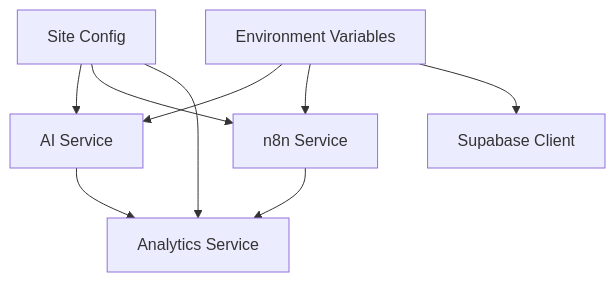
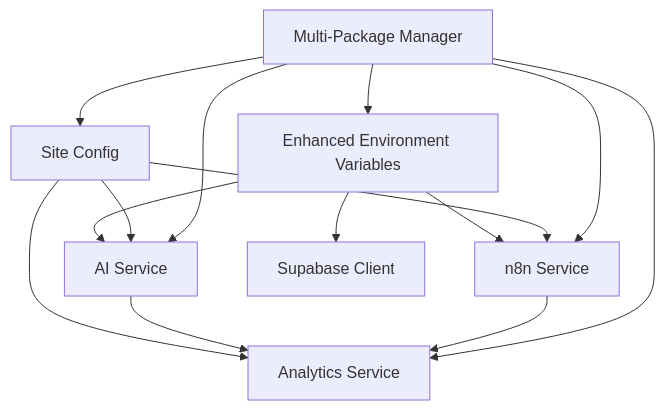
One commit to cacamarica/dashboard-ai changed the second of 7 diagrams in .qoder/repowiki/en/content/Configuration and Environment.md. Above: the diagram before and after it, drawn with Mermaid. The commit also changed other lines of this file and 14 other files, not shown here.

````diff
--- a/.qoder/repowiki/en/content/Configuration and Environment.md
+++ b/.qoder/repowiki/en/content/Configuration and Environment.md
@@ -112,17 +129,23 @@
 ```mermaid
 graph TB
-ENV["Environment Variables"]
+ENV["Enhanced Environment Variables"]
 SC["Site Config"]
 AS["AI Service"]
 NS["n8n Service"]
 SS["Supabase Client"]
 AN["Analytics Service"]
+PM["Multi-Package Manager"]
 ENV --> AS
 ENV --> NS
 ENV --> SS
 SC --> AS
 SC --> NS
 SC --> AN
 AS --> AN
 NS --> AN
+PM --> ENV
+PM --> SC
+PM --> AS
+PM --> NS
+PM --> AN
 ```
````
